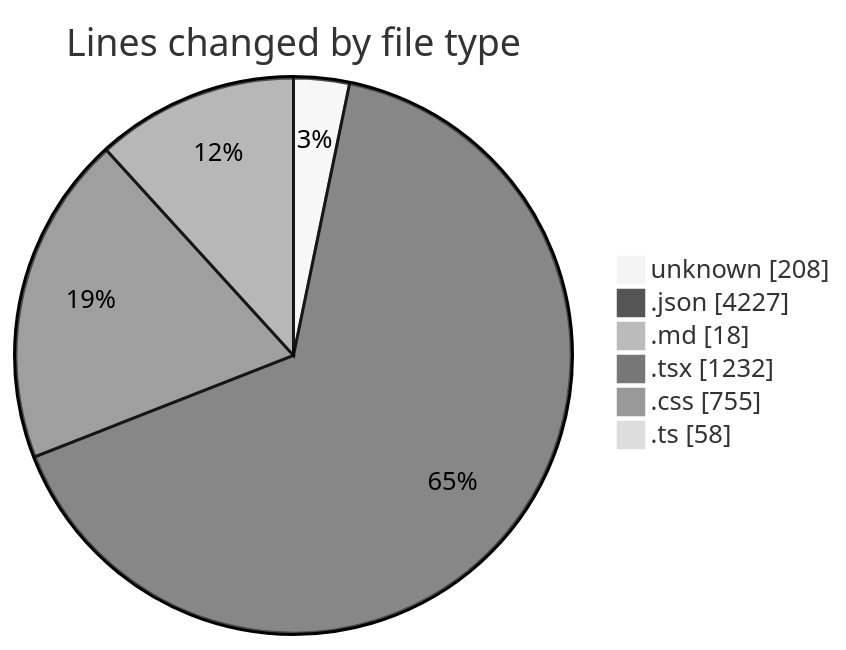
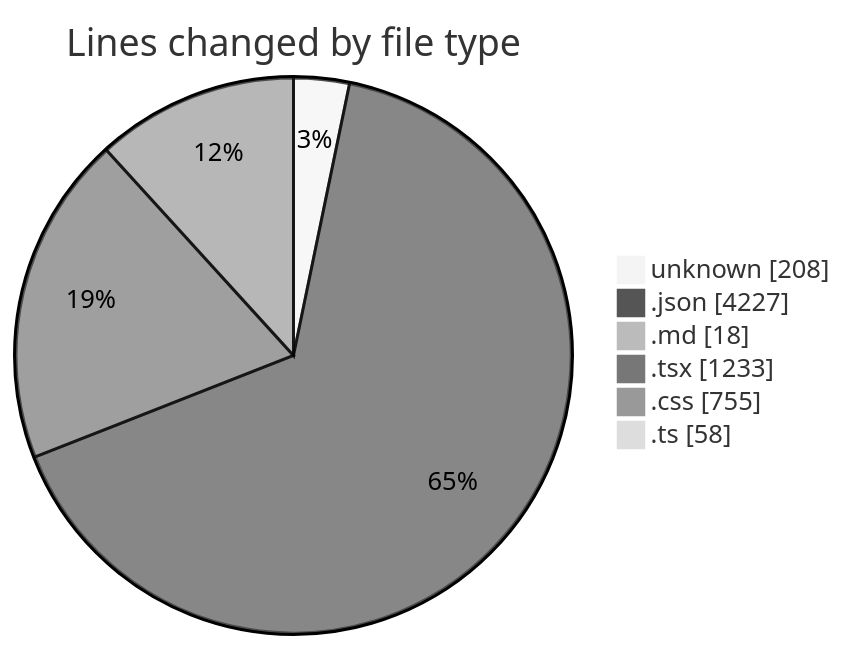
One commit to EIIisD/code-tracking changed the first of 2 diagrams in 2025-08-07/ribbon/README.md. Above: the diagram before and after it, drawn with Mermaid (neutral theme). The commit also changed other lines of this file and 1 other file, not shown here.

````diff
--- a/2025-08-07/ribbon/README.md
+++ b/2025-08-07/ribbon/README.md
@@ -36,10 +36,10 @@
 ```mermaid
 pie showData
 title Lines changed by file type
 "unknown" : 208
 ".json" : 4227
 ".md" : 18
-".tsx" : 1232
+".tsx" : 1233
 ".css" : 755
 ".ts" : 58
 ```
````
